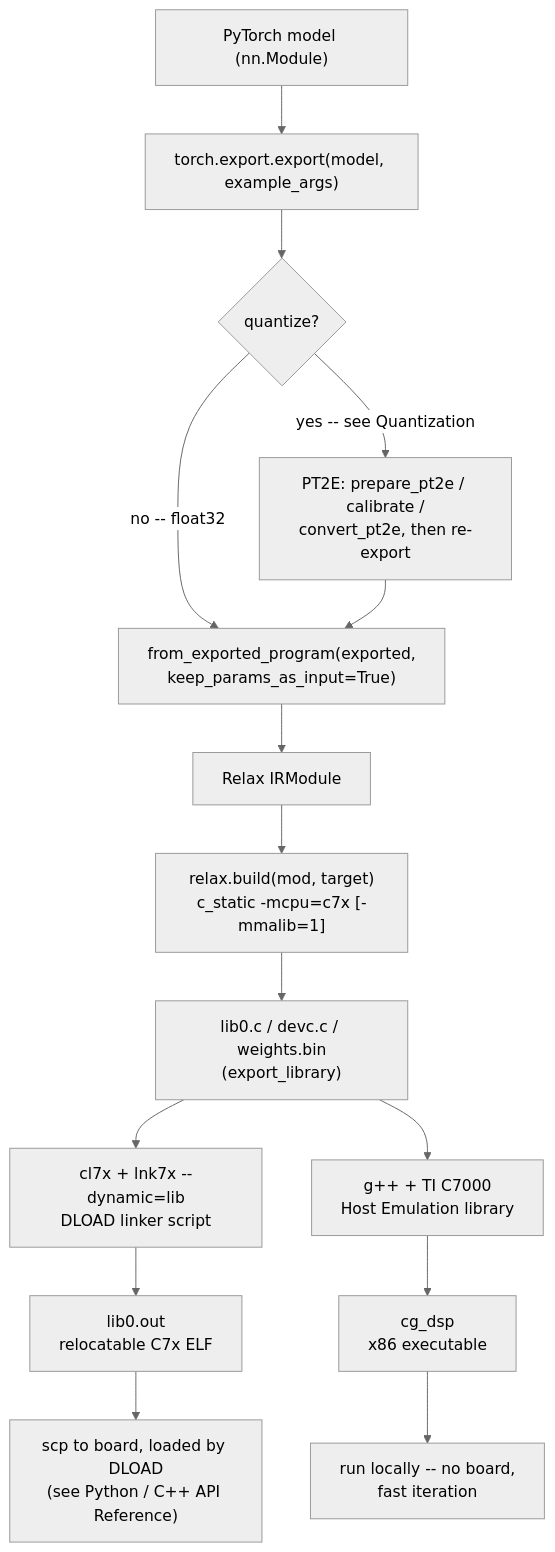
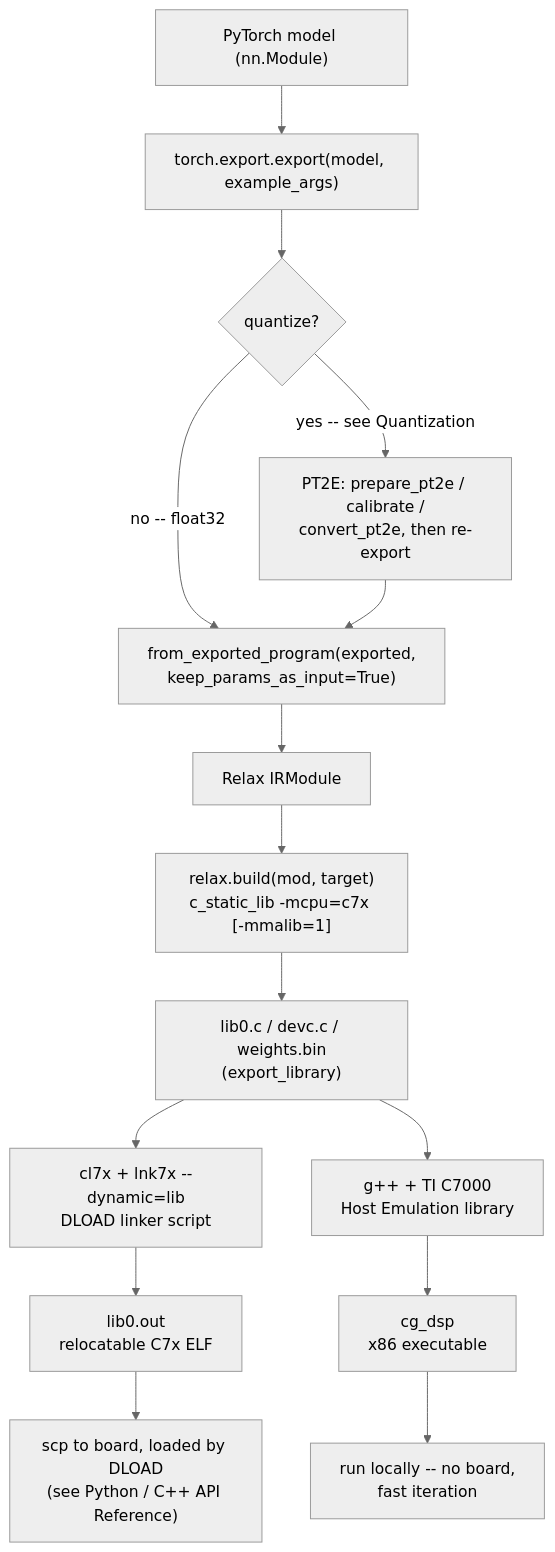
The diagram in docs-c7x/user-guide/compilation.md (TexasInstruments-Sandbox/tvm), drawn with Mermaid (neutral theme) before and after one commit. The commit also changed other lines of this file and 113 other files, not shown here.

````diff
--- a/docs-c7x/user-guide/compilation.md
+++ b/docs-c7x/user-guide/compilation.md
@@ -15,17 +15,17 @@
 ```mermaid
 flowchart TD
     P["PyTorch model (nn.Module)"] --> Q["torch.export.export(model, example_args)"]
     Q --> R{quantize?}
     R -->|"no -- float32"| S["from_exported_program(exported,<br/>keep_params_as_input=True)"]
     R -->|"yes -- see Quantization"| T["PT2E: prepare_pt2e / calibrate /<br/>convert_pt2e, then re-export"]
     T --> S
     S --> A["Relax IRModule"]
-    A --> B["relax.build(mod, target)<br/>c_static -mcpu=c7x [-mmalib=1]"]
+    A --> B["relax.build(mod, target)<br/>c_static_lib -mcpu=c7x [-mmalib=1]"]
     B --> C["lib0.c / devc.c / weights.bin<br/>(export_library)"]
     C --> D["cl7x + lnk7x --dynamic=lib<br/>DLOAD linker script"]
     C --> E["g++ + TI C7000<br/>Host Emulation library"]
     D --> F["lib0.out<br/>relocatable C7x ELF"]
     E --> G["cg_dsp<br/>x86 executable"]
     F --> H["scp to board, loaded by DLOAD<br/>(see Python / C++ API Reference)"]
     G --> I["run locally -- no board,<br/>fast iteration"]
 ```
````
